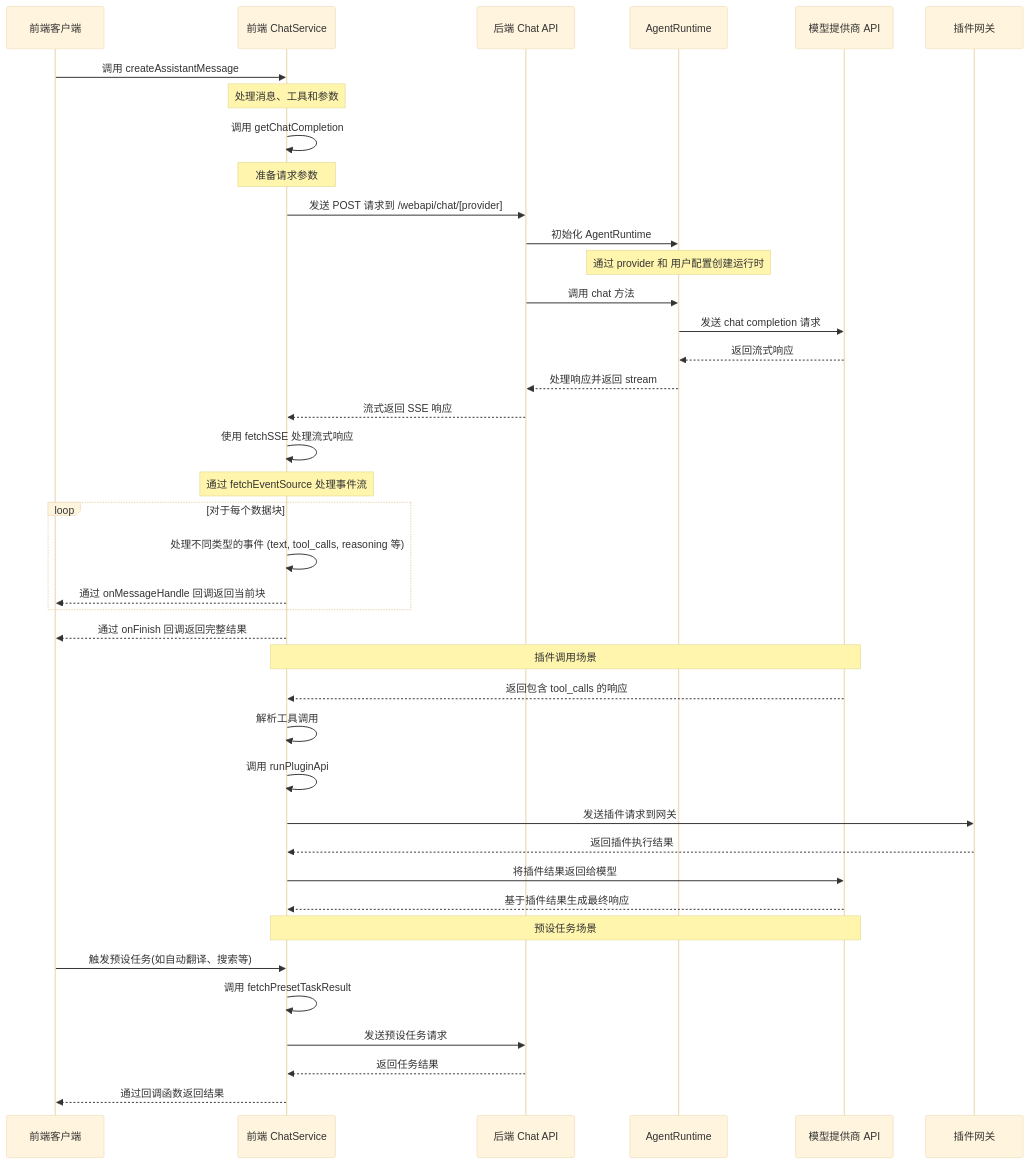
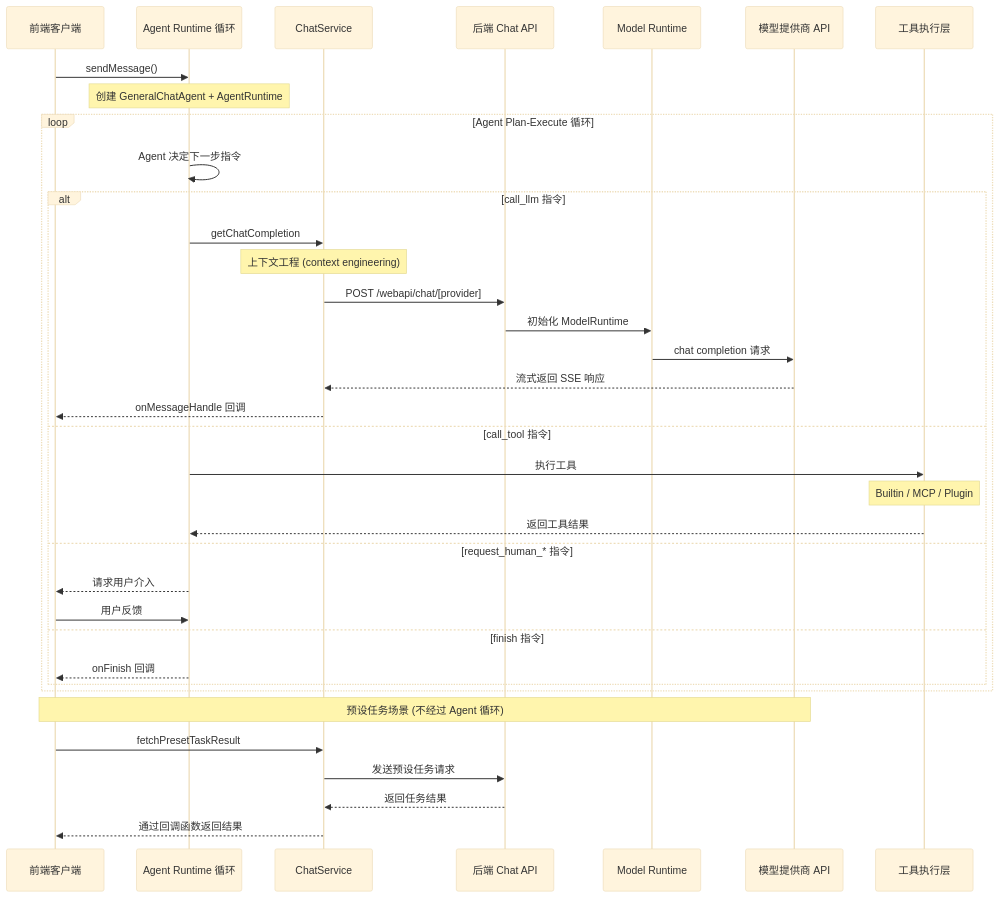
Before and after one commit to SmallAi-API/smaihub: the diagram in docs/development/basic/chat-api.zh-CN.mdx, drawn with Mermaid (base theme). The commit also changed other lines of this file and 189 other files, not shown here.

````diff
--- a/docs/development/basic/chat-api.zh-CN.mdx
+++ b/docs/development/basic/chat-api.zh-CN.mdx
@@ -17,54 +19,45 @@
 ```mermaid
 sequenceDiagram
     participant Client as 前端客户端
-    participant ChatService as 前端 ChatService
+    participant AgentLoop as Agent Runtime 循环
+    participant ChatService as ChatService
     participant ChatAPI as 后端 Chat API
-    participant AgentRuntime as AgentRuntime
+    participant ModelRuntime as Model Runtime
     participant ModelProvider as 模型提供商 API
-    participant PluginGateway as 插件网关
+    participant ToolExecution as 工具执行层
 
-    Client->>ChatService: 调用 createAssistantMessage
-    Note over ChatService: 处理消息、工具和参数
+    Client->>AgentLoop: sendMessage()
+    Note over AgentLoop: 创建 GeneralChatAgent + AgentRuntime
 
-    ChatService->>ChatService: 调用 getChatCompletion
-    Note over ChatService: 准备请求参数
+    loop Agent Plan-Execute 循环
+        AgentLoop->>AgentLoop: Agent 决定下一步指令
 
-    ChatService->>ChatAPI: 发送 POST 请求到 /webapi/chat/[provider]
+        alt call_llm 指令
+            AgentLoop->>ChatService: getChatCompletion
+            Note over ChatService: 上下文工程 (context engineering)
+            ChatService->>ChatAPI: POST /webapi/chat/[provider]
+            ChatAPI->>ModelRuntime: 初始化 ModelRuntime
+            ModelRuntime->>ModelProvider: chat completion 请求
+            ModelProvider-->>ChatService: 流式返回 SSE 响应
+            ChatService-->>Client: onMessageHandle 回调
 
-    ChatAPI->>AgentRuntime: 初始化 AgentRuntime
-    Note over AgentRuntime: 通过 provider 和 用户配置创建运行时
+        else call_tool 指令
+            AgentLoop->>ToolExecution: 执行工具
+            Note over ToolExecution: Builtin / MCP / Plugin
+            ToolExecution-->>AgentLoop: 返回工具结果
 
-    ChatAPI->>AgentRuntime: 调用 chat 方法
-    AgentRuntime->>ModelProvider: 发送 chat completion 请求
+        else request_human_* 指令
+            AgentLoop-->>Client: 请求用户介入
+            Client->>AgentLoop: 用户反馈
 
-    ModelProvider-->>AgentRuntime: 返回流式响应
-    AgentRuntime-->>ChatAPI: 处理响应并返回 stream
-
-    ChatAPI-->>ChatService: 流式返回 SSE 响应
-
-    ChatService->>ChatService: 使用 fetchSSE 处理流式响应
-    Note over ChatService: 通过 fetchEventSource 处理事件流
-
-    loop 对于每个数据块
-        ChatService->>ChatService: 处理不同类型的事件 (text, tool_calls, reasoning 等)
-        ChatService-->>Client: 通过 onMessageHandle 回调返回当前块
+        else finish 指令
+            AgentLoop-->>Client: onFinish 回调
+        end
     end
 
-    ChatService-->>Client: 通过 onFinish 回调返回完整结果
-
-    Note over ChatService,ModelProvider: 插件调用场景
-    ModelProvider-->>ChatService: 返回包含 tool_calls 的响应
-    ChatService->>ChatService: 解析工具调用
-    ChatService->>ChatService: 调用 runPluginApi
-    ChatService->>PluginGateway: 发送插件请求到网关
-    PluginGateway-->>ChatService: 返回插件执行结果
-    ChatService->>ModelProvider: 将插件结果返回给模型
-    ModelProvider-->>ChatService: 基于插件结果生成最终响应
-
-    Note over ChatService,ModelProvider: 预设任务场景
-    Client->>ChatService: 触发预设任务(如自动翻译、搜索等)
-    ChatService->>ChatService: 调用 fetchPresetTaskResult
+    Note over Client,ModelProvider: 预设任务场景 (不经过 Agent 循环)
+    Client->>ChatService: fetchPresetTaskResult
     ChatService->>ChatAPI: 发送预设任务请求
     ChatAPI-->>ChatService: 返回任务结果
     ChatService-->>Client: 通过回调函数返回结果
 ```
````
